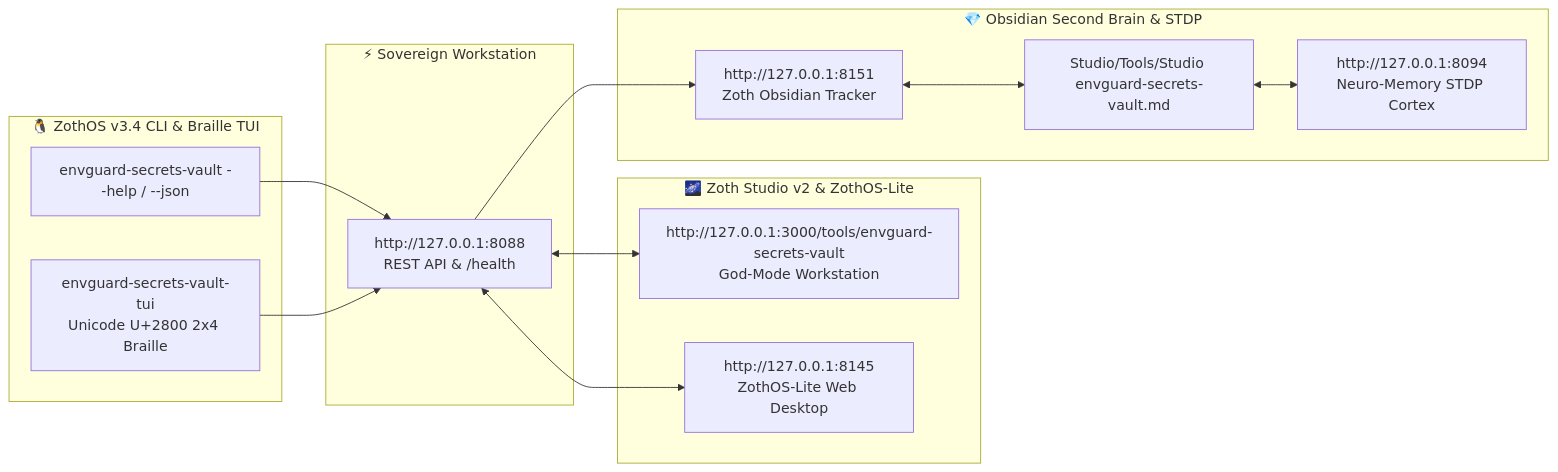
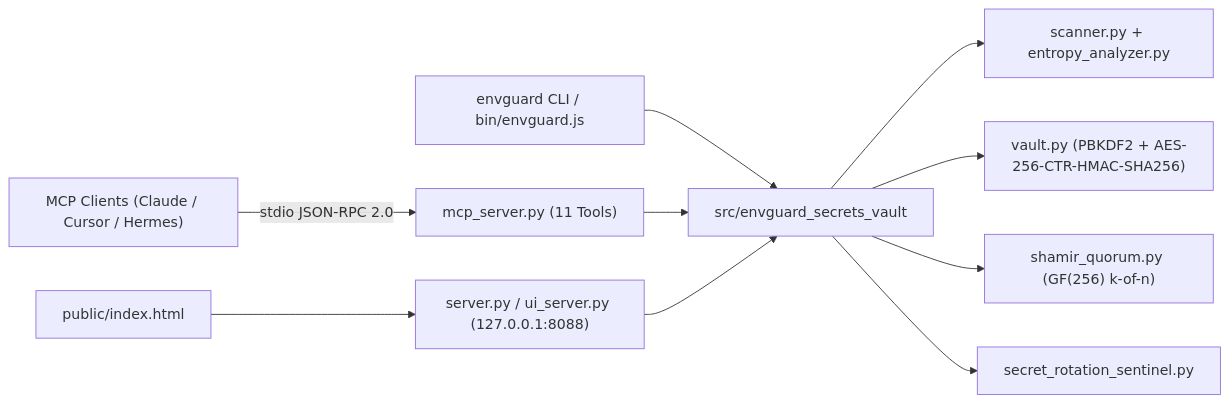
Before and after one commit to 1nc0gn30/envguard-secrets-vault: the diagram in README.md, drawn with Mermaid. The commit also changed other lines of this file and 10 other files, not shown here.

Commit message:
docs: upgrade EnvGuard Secrets Vault documentation, launcher paths, and gitleaks config

````diff
--- a/README.md
+++ b/README.md
@@ -207,30 +32,12 @@
 ```mermaid
 flowchart LR
-    subgraph ZothOS["🐧 ZothOS v3.4 CLI & Braille TUI"]
-        CLI["envguard-secrets-vault --help / --json"]
-        TUI["envguard-secrets-vault-tui<br/>Unicode U+2800 2x4 Braille"]
-    end
-
-    subgraph Workstation["⚡ Sovereign Workstation"]
-        WEB["http://127.0.0.1:8088<br/>REST API & /health"]
-    end
-
-    subgraph Studio["🌌 Zoth Studio v2 & ZothOS-Lite"]
-        GODMODE["http://127.0.0.1:3000/tools/envguard-secrets-vault<br/>God-Mode Workstation"]
-        LITE["http://127.0.0.1:8145<br/>ZothOS-Lite Web Desktop"]
-    end
-
-    subgraph SecondBrain["💎 Obsidian Second Brain & STDP"]
-        TRACKER["http://127.0.0.1:8151<br/>Zoth Obsidian Tracker"]
-        NEURO["http://127.0.0.1:8094<br/>Neuro-Memory STDP Cortex"]
-        NOTE["Studio/Tools/Studio envguard-secrets-vault.md"]
-    end
-
-    CLI --> WEB
-    TUI --> WEB
-    WEB <--> GODMODE
-    WEB <--> LITE
-    WEB --> TRACKER
-    TRACKER <--> NOTE
-    NOTE <--> NEURO
+    CLI["envguard CLI / bin/envguard.js"] --> CORE["src/envguard_secrets_vault"]
+    MCP["MCP Clients (Claude / Cursor / Hermes)"] -->|stdio JSON-RPC 2.0| MCP_SRV["mcp_server.py (11 Tools)"]
+    UI["public/index.html"] --> HTTP["server.py / ui_server.py (127.0.0.1:8088)"]
+    MCP_SRV --> CORE
+    HTTP --> CORE
+    CORE --> SCAN["scanner.py + entropy_analyzer.py"]
+    CORE --> VAULT["vault.py (PBKDF2 + AES-256-CTR-HMAC-SHA256)"]
+    CORE --> SHAMIR["shamir_quorum.py (GF(256) k-of-n)"]
+    CORE --> ROTATE["secret_rotation_sentinel.py"]
 ```
````
